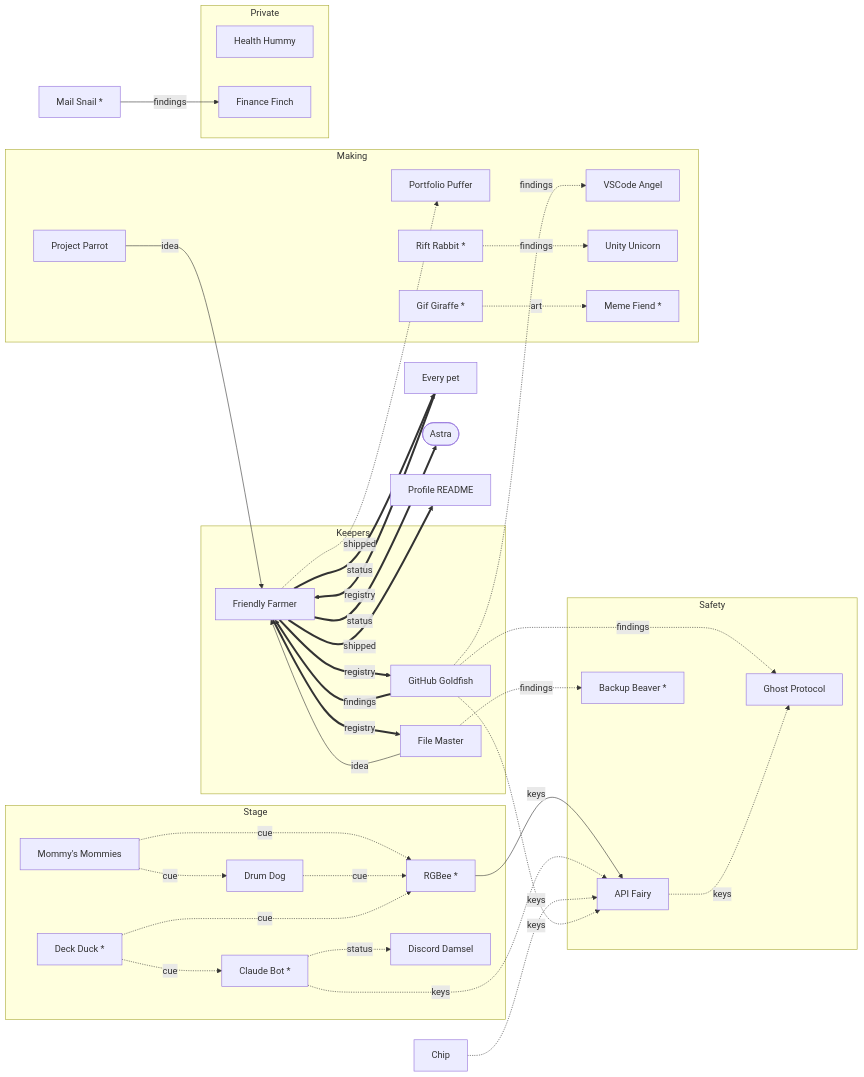
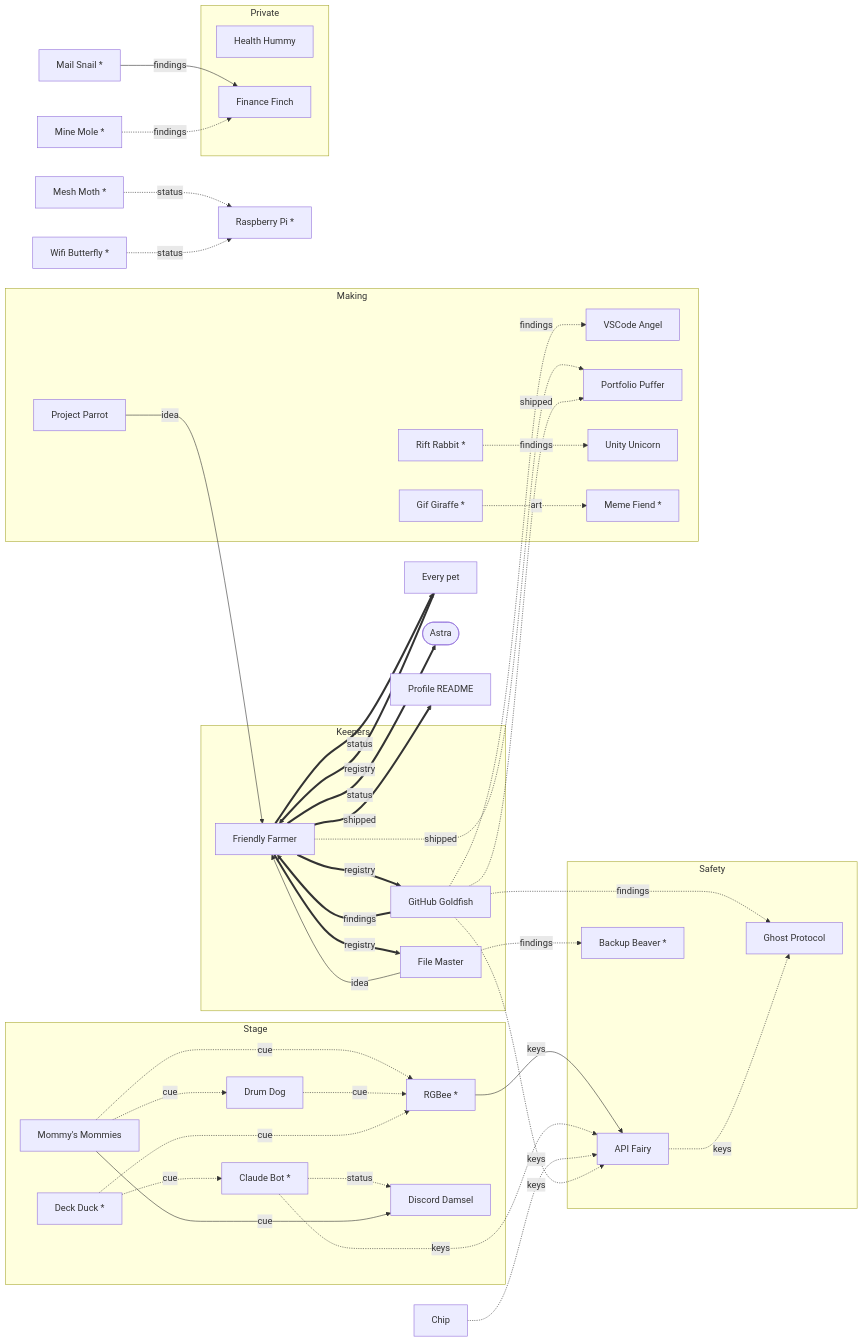
One commit to findastra/astras-pet-apps changed the second of 2 diagrams in RELATIONS.md. Above: the diagram before and after it, drawn with Mermaid. The commit also changed other lines of this file and 2 other files, not shown here.

Commit message:
Add five missing pet links to relations
Planned: Mommy's Mommies -> Discord Damsel (its own job lists a Discord
connection). Ideas: Goldfish -> Portfolio Puffer, Mine Mole -> Finance
Finch, Mesh Moth and Wifi Butterfly -> Raspberry Pi (cyberdeck HATs).

Claude-Session: https://claude.ai/code/session_01EdLDiQEK3GMawhpsaSQBbH

````diff
--- a/RELATIONS.md
+++ b/RELATIONS.md
@@ -38,66 +38,75 @@
 ```mermaid
 flowchart LR
   subgraph Keepers["Keepers"]
     astras_pet_apps["Friendly Farmer"]
     github_goldfish["GitHub Goldfish"]
     file_master["File Master"]
   end
   subgraph Safety["Safety"]
     api_fairy["API Fairy"]
     ghost_protocol["Ghost Protocol"]
     backup_beaver["Backup Beaver *"]
   end
   subgraph Making["Making"]
     project_parrot["Project Parrot"]
     vscode_angel["VSCode Angel"]
     portfolio_puffer["Portfolio Puffer"]
     unity_unicorn["Unity Unicorn"]
     rift_rabbit["Rift Rabbit *"]
     astras_gif_maker["Gif Giraffe *"]
     meme_fiend["Meme Fiend *"]
   end
   subgraph Stage["Stage"]
     mommys["Mommy's Mommies"]
     drum_dog["Drum Dog"]
     rgbee["RGBee *"]
     deck_duck["Deck Duck *"]
     claude_bot["Claude Bot *"]
     findastra_discord_presence["Discord Damsel"]
   end
   subgraph Private["Private"]
     health_hummy["Health Hummy"]
     finance_finch["Finance Finch"]
   end
   pets["Every pet"]
   astra(["Astra"])
   profile["Profile README"]
   data_dealer["Chip"]
   mail_snail["Mail Snail *"]
+  mine_mole["Mine Mole *"]
+  mesh_moth["Mesh Moth *"]
+  raspberry_berry["Raspberry Pi *"]
+  wifi_butterfly["Wifi Butterfly *"]
   pets ==>|registry| astras_pet_apps
   astras_pet_apps ==>|status| pets
   astras_pet_apps ==>|status| astra
   astras_pet_apps ==>|shipped| profile
   astras_pet_apps ==>|registry| github_goldfish
   github_goldfish ==>|findings| astras_pet_apps
   astras_pet_apps ==>|registry| file_master
   file_master -->|idea| astras_pet_apps
   project_parrot -->|idea| astras_pet_apps
   github_goldfish -.->|findings| vscode_angel
   github_goldfish -.->|findings| ghost_protocol
   api_fairy -.->|keys| ghost_protocol
   rgbee -->|keys| api_fairy
   claude_bot -.->|keys| api_fairy
   data_dealer -.->|keys| api_fairy
   github_goldfish -.->|keys| api_fairy
   astras_pet_apps -.->|shipped| portfolio_puffer
   claude_bot -.->|status| findastra_discord_presence
   mommys -.->|cue| rgbee
   mommys -.->|cue| drum_dog
   drum_dog -.->|cue| rgbee
   deck_duck -.->|cue| rgbee
   deck_duck -.->|cue| claude_bot
   rift_rabbit -.->|findings| unity_unicorn
   astras_gif_maker -.->|art| meme_fiend
   file_master -.->|findings| backup_beaver
   mail_snail -->|findings| finance_finch
+  mommys -->|cue| findastra_discord_presence
+  github_goldfish -.->|shipped| portfolio_puffer
+  mine_mole -.->|findings| finance_finch
+  mesh_moth -.->|status| raspberry_berry
+  wifi_butterfly -.->|status| raspberry_berry
 ```
````
